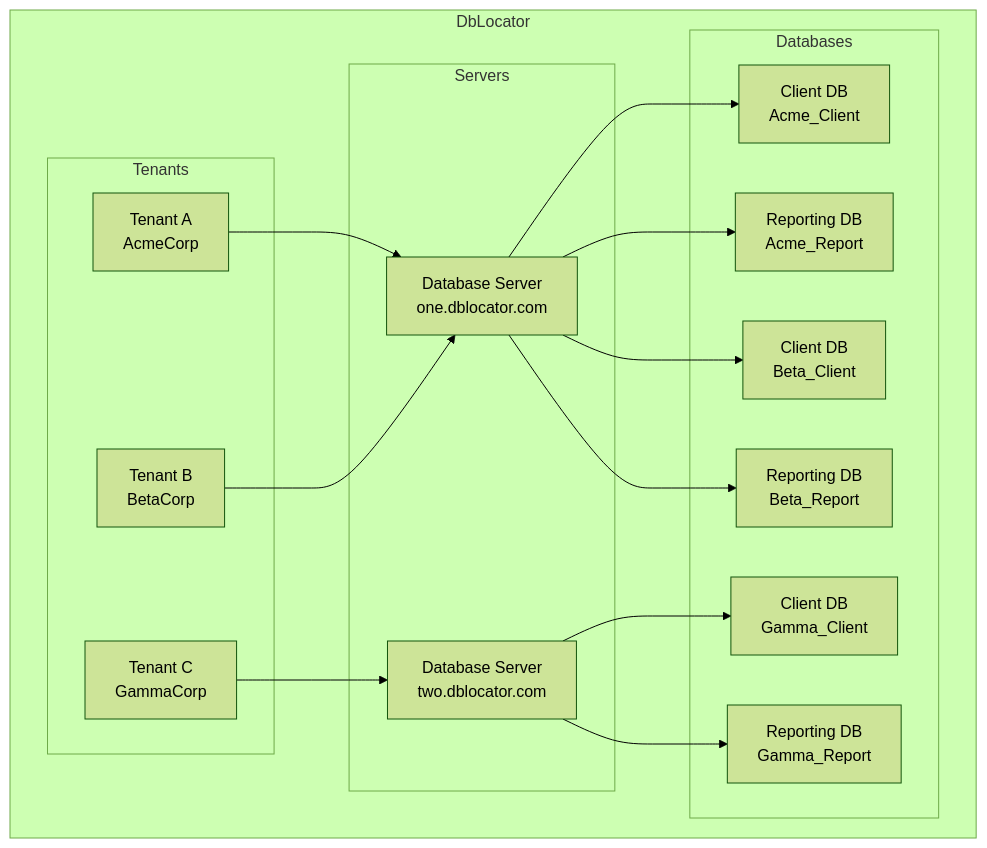
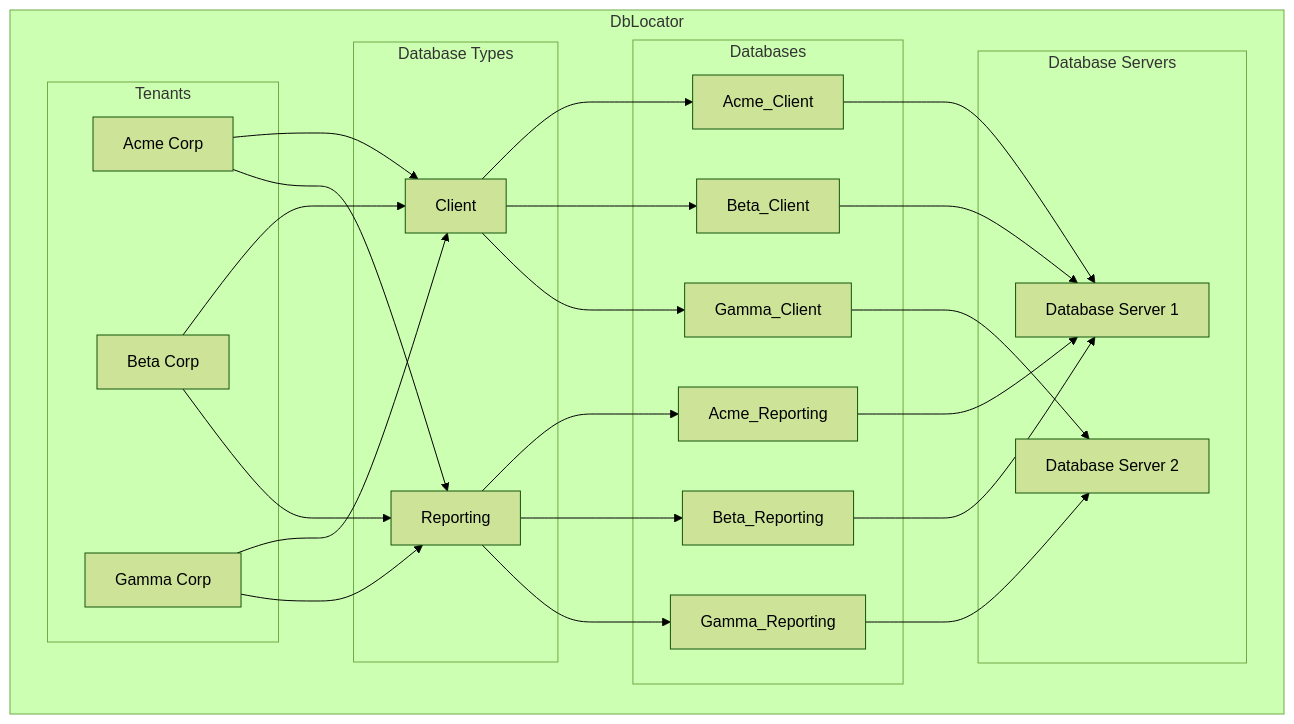
Before and after one commit to chizer1/DbLocator: the diagram in README.md, drawn with Mermaid (forest theme). The commit also changed other lines of this file, not shown here.

Commit message:
Update README.md (#119)

````diff
--- a/README.md
+++ b/README.md
@@ -8,34 +7,54 @@
 ```mermaid
 graph TD
+    %% Groups
     subgraph DbLocator
+
         subgraph Tenants
-            A[Tenant A<br/>AcmeCorp]
-            B[Tenant B<br/>BetaCorp]
-            C[Tenant C<br/>GammaCorp]
+            T1[Acme Corp]
+            T2[Beta Corp]
+            T3[Gamma Corp]
         end
-        
-        subgraph Servers
-            S1[Database Server<br/>one.dblocator.com]
-            S2[Database Server<br/>two.dblocator.com]
+
+        subgraph Database Types
+            DT1[Client]
+            DT2[Reporting]
         end
-        
+
+        subgraph Database Servers
+            S1[Database Server 1]
+            S2[Database Server 2]
+        end
+
         subgraph Databases
-            D1[Client DB<br/>Acme_Client]
-            D2[Reporting DB<br/>Acme_Report]
-            D3[Client DB<br/>Beta_Client]
-            D4[Reporting DB<br/>Beta_Report]
-            D5[Client DB<br/>Gamma_Client]
-            D6[Reporting DB<br/>Gamma_Report]
+            D1[Acme_Client]
+            D2[Acme_Reporting]
+            D3[Beta_Client]
+            D4[Beta_Reporting]
+            D5[Gamma_Client]
+            D6[Gamma_Reporting]
         end
-        
-        A --> S1
-        B --> S1
-        C --> S2
-        S1 --> D1
-        S1 --> D2
-        S1 --> D3
-        S1 --> D4
-        S2 --> D5
-        S2 --> D6
+
     end
+
+    T1 --> DT1
+    T1 --> DT2
+    T2 --> DT1
+    T2 --> DT2
+    T3 --> DT1
+    T3 --> DT2
+
+    DT1 --> D1
+    DT2 --> D2
+    DT1 --> D3
+    DT2 --> D4
+    DT1 --> D5
+    DT2 --> D6
+
+    %% Database to Server mapping
+    D1 --> S1
+    D2 --> S1
+    D3 --> S1
+    D4 --> S1
+    D5 --> S2
+    D6 --> S2
 ```
````
